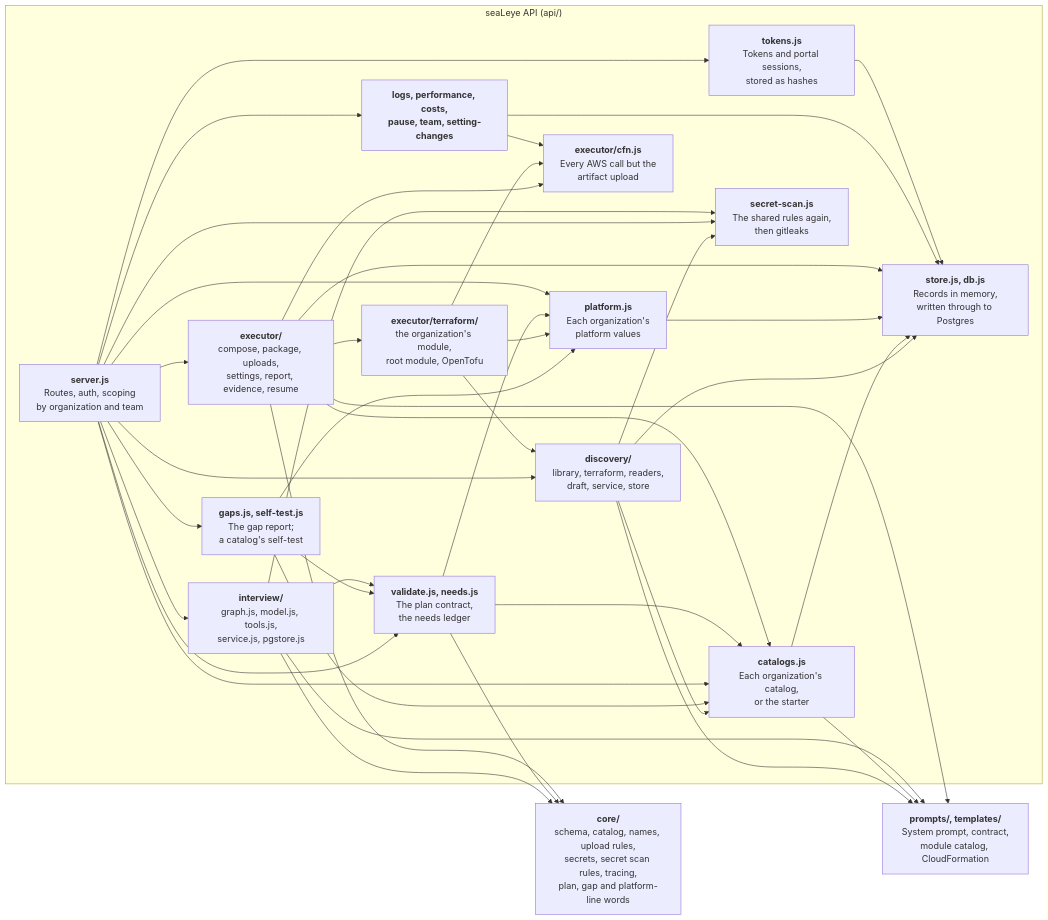
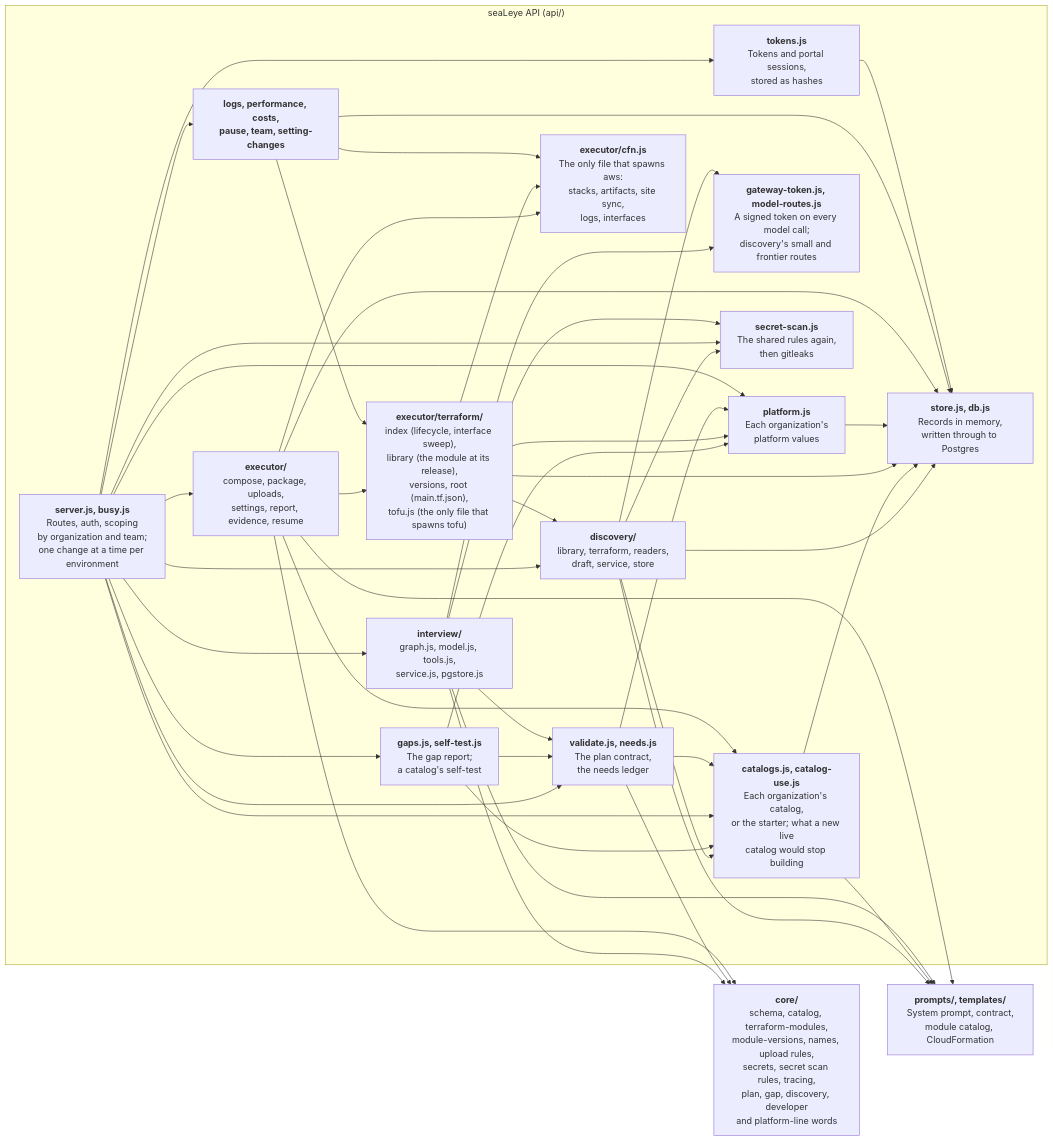
One commit to GregKliewer/sealeye changed the third of 13 diagrams in docs/ARCHITECTURE.md. Above: the diagram before and after it, drawn with Mermaid. The commit also changed other lines of this file, not shown here.

Commit message:
Architecture: the API's components show the Terraform executor's files
Names tofu.js as the second file that spawns a process, versions.js, catalog-use.js,
busy.js and the gateway token and routes; logs read a Terraform environment through
the Terraform role. Also mends a missing column break in the container table.

Claude-Session: https://claude.ai/code/session_018qpsyTNJy8k7BBRxTih5A5

````diff
--- a/docs/ARCHITECTURE.md
+++ b/docs/ARCHITECTURE.md
@@ -180,62 +180,67 @@
 ```mermaid
 flowchart LR
   subgraph api["seaLeye API (api/)"]
-    server["<b>server.js</b><br/>Routes, auth, scoping<br/>by organization and team"]
+    server["<b>server.js, busy.js</b><br/>Routes, auth, scoping<br/>by organization and team;<br/>one change at a time per environment"]
     tokens["<b>tokens.js</b><br/>Tokens and portal sessions,<br/>stored as hashes"]
     interview["<b>interview/</b><br/>graph.js, model.js, tools.js,<br/>service.js, pgstore.js"]
     discovery["<b>discovery/</b><br/>library, terraform, readers,<br/>draft, service, store"]
     validate["<b>validate.js, needs.js</b><br/>The plan contract,<br/>the needs ledger"]
     gaps["<b>gaps.js, self-test.js</b><br/>The gap report;<br/>a catalog's self-test"]
-    catalogs["<b>catalogs.js</b><br/>Each organization's catalog,<br/>or the starter"]
+    catalogs["<b>catalogs.js, catalog-use.js</b><br/>Each organization's catalog,<br/>or the starter; what a new live<br/>catalog would stop building"]
     executor["<b>executor/</b><br/>compose, package, uploads,<br/>settings, report, evidence, resume"]
-    terraform["<b>executor/terraform/</b><br/>the organization's module,<br/>root module, OpenTofu"]
+    terraform["<b>executor/terraform/</b><br/>index (lifecycle, interface sweep),<br/>library (the module at its release),<br/>versions, root (main.tf.json),<br/>tofu.js (the only file that spawns tofu)"]
+    gwtoken["<b>gateway-token.js, model-routes.js</b><br/>A signed token on every model call;<br/>discovery's small and frontier routes"]
     platform["<b>platform.js</b><br/>Each organization's<br/>platform values"]
-    cfn["<b>executor/cfn.js</b><br/>Every AWS call but the<br/>artifact upload"]
+    cfn["<b>executor/cfn.js</b><br/>The only file that spawns aws:<br/>stacks, artifacts, site sync,<br/>logs, interfaces"]
     dayTwo["<b>logs, performance, costs,<br/>pause, team, setting-changes</b>"]
     store["<b>store.js, db.js</b><br/>Records in memory,<br/>written through to Postgres"]
     scan["<b>secret-scan.js</b><br/>The shared rules again,<br/>then gitleaks"]
   end
 
-  core["<b>core/</b><br/>schema, catalog, names, upload rules,<br/>secrets, secret scan rules, tracing,<br/>plan, gap and platform-line words"]
+  core["<b>core/</b><br/>schema, catalog, terraform-modules,<br/>module-versions, names, upload rules,<br/>secrets, secret scan rules, tracing,<br/>plan, gap, discovery, developer<br/>and platform-line words"]
   prompts["<b>prompts/, templates/</b><br/>System prompt, contract,<br/>module catalog, CloudFormation"]
 
   server --> tokens
   server --> interview
   server --> discovery
   discovery --> scan
   discovery --> catalogs
   discovery --> store
   discovery --> prompts
   server --> validate
   server --> gaps
   gaps --> validate
   gaps --> catalogs
   gaps --> platform
   server --> catalogs
   validate --> catalogs
   executor --> catalogs
   catalogs --> store
   catalogs --> prompts
   server --> executor
   server --> dayTwo
   server --> scan
   interview --> scan
   interview --> validate
   executor --> cfn
   executor --> terraform
   terraform --> cfn
   terraform --> discovery
   terraform --> platform
+  terraform --> store
+  dayTwo --> terraform
+  interview --> gwtoken
+  discovery --> gwtoken
   validate --> platform
   server --> platform
   platform --> store
   dayTwo --> cfn
   executor --> store
   dayTwo --> store
   tokens --> store
   interview --> core
   validate --> core
   executor --> core
   interview --> prompts
   executor --> prompts
 ```
````
